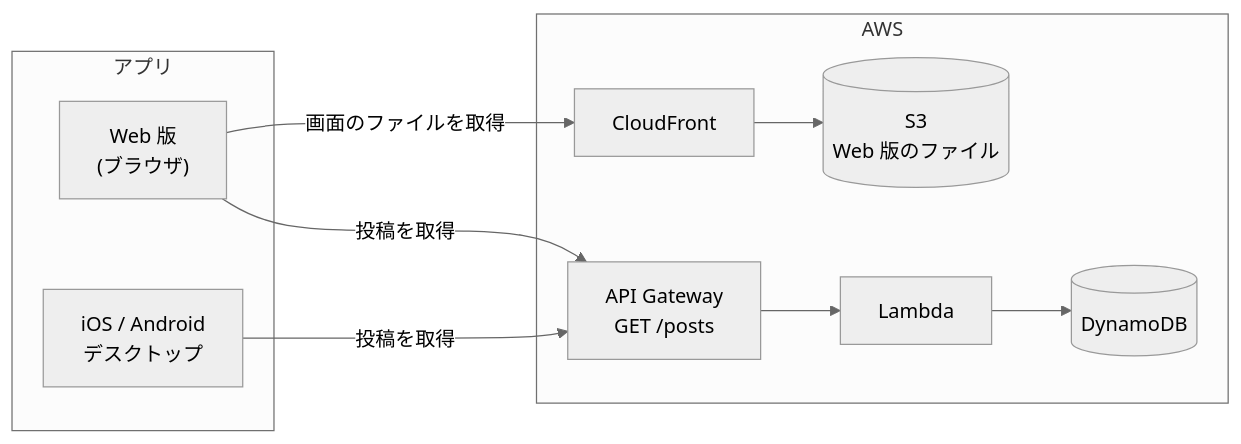
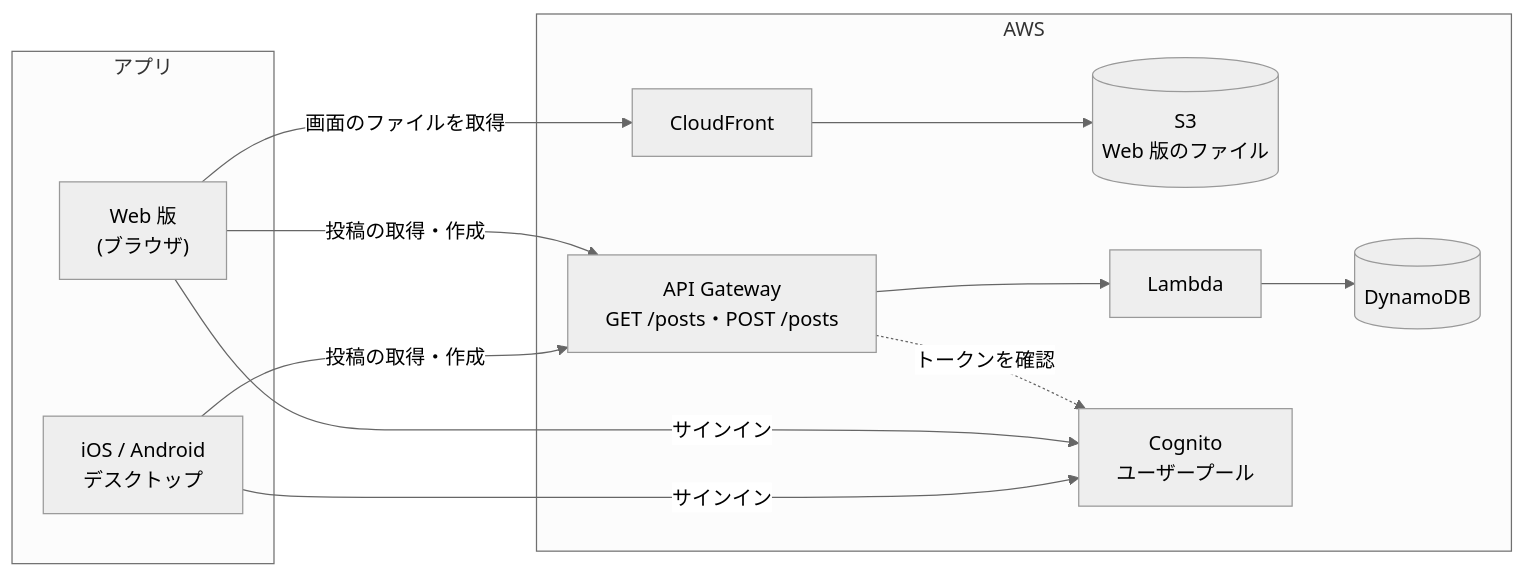
The diagram in README.md (diapp0227/zero-chat), drawn with Mermaid (neutral theme) before and after one commit. The commit also changed other lines of this file, not shown here.

Commit message:
Describe sign-in with Cognito and the JWT-protected API in README

````diff
--- a/README.md
+++ b/README.md
@@ -36,16 +50,20 @@
 ```mermaid
 flowchart LR
     subgraph Clients[アプリ]
         Mobile["iOS / Android<br/>デスクトップ"]
         Browser["Web 版<br/>(ブラウザ)"]
     end
 
     subgraph AWS
         CF[CloudFront] --> S3[(S3<br/>Web 版のファイル)]
-        APIGW["API Gateway<br/>GET /posts"] --> Lambda[Lambda] --> DDB[(DynamoDB)]
+        APIGW["API Gateway<br/>GET /posts・POST /posts"] --> Lambda[Lambda] --> DDB[(DynamoDB)]
+        Cognito[Cognito<br/>ユーザープール]
+        APIGW -.->|トークンを確認| Cognito
     end
 
     Browser -->|画面のファイルを取得| CF
-    Browser -->|投稿を取得| APIGW
-    Mobile -->|投稿を取得| APIGW
+    Browser -->|投稿の取得・作成| APIGW
+    Mobile -->|投稿の取得・作成| APIGW
+    Browser -->|サインイン| Cognito
+    Mobile -->|サインイン| Cognito
 ```
````
